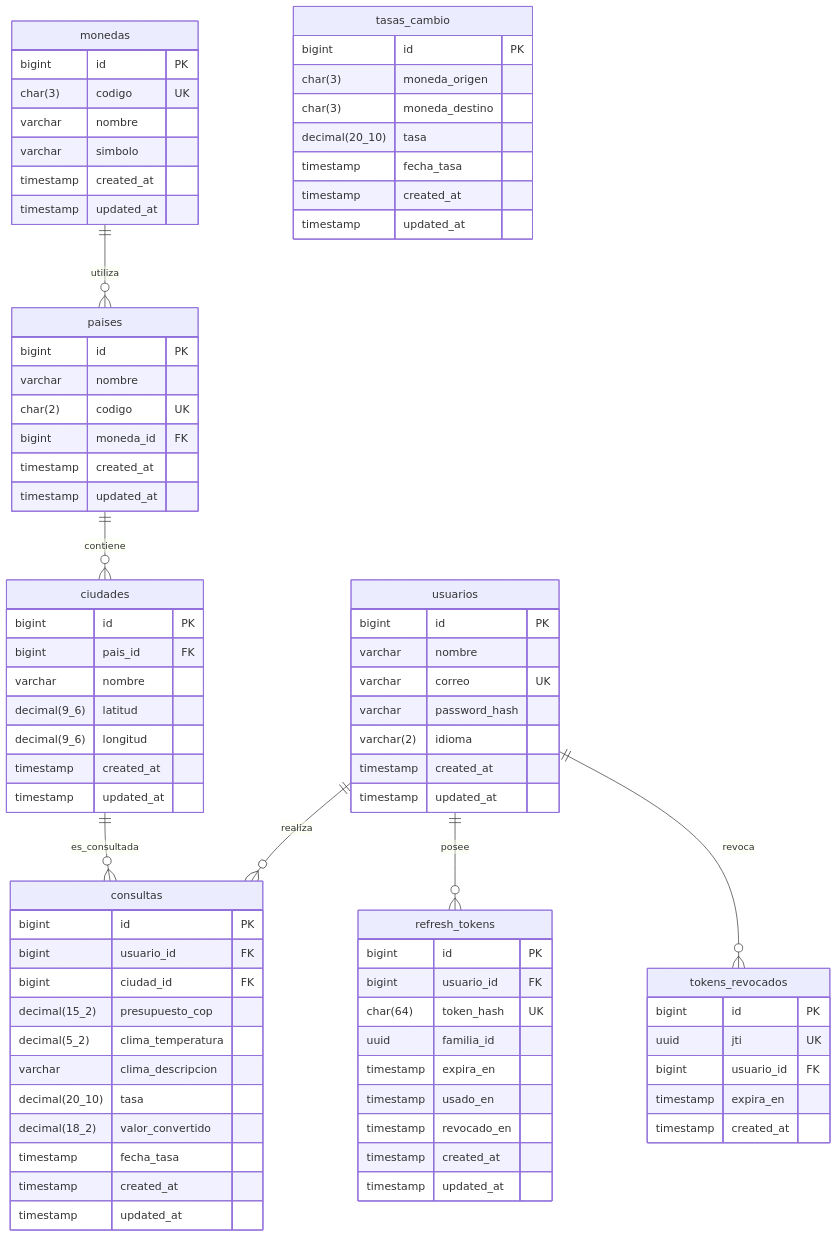
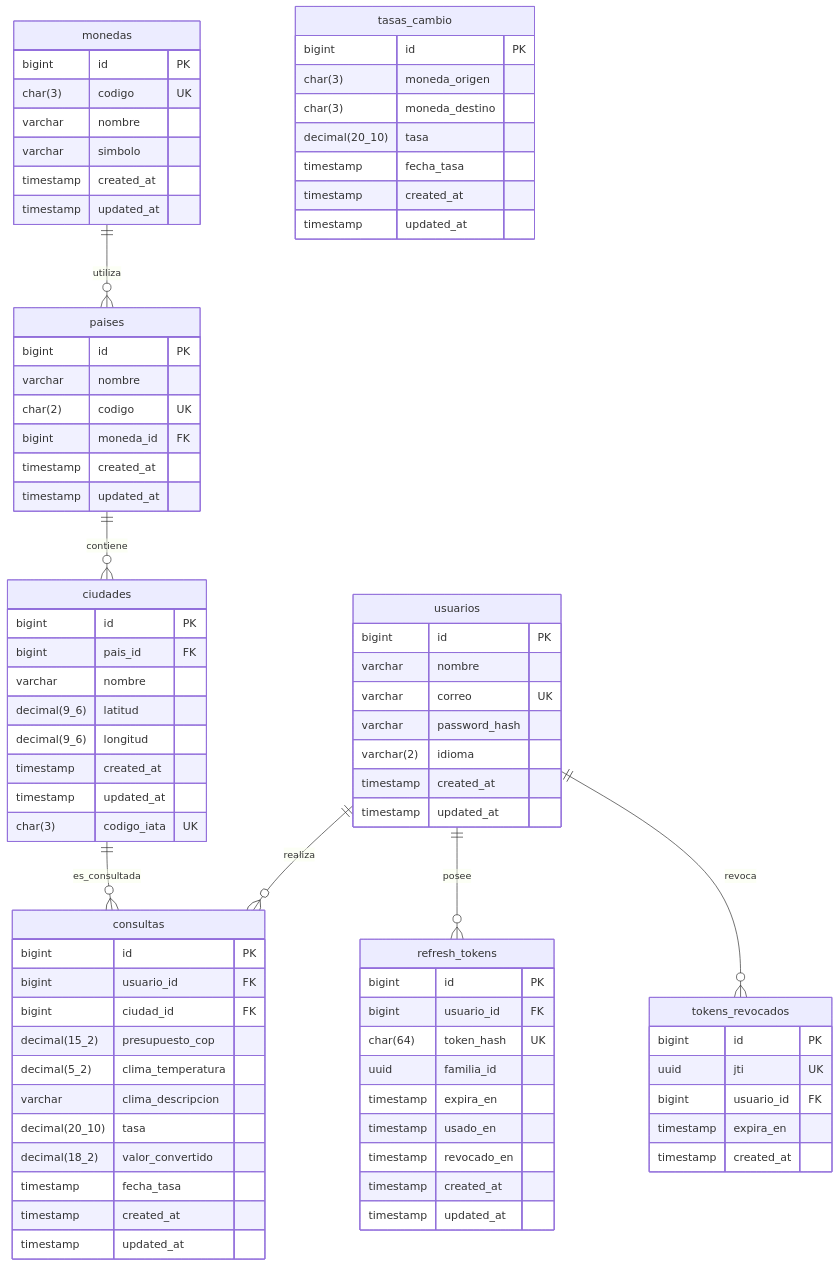
The diagram in docs/database/README.md (JoseMedina-prog/prueba-tecnica-infodec), drawn with Mermaid before and after one commit. The commit also changed 36 other files, not shown here.

```diff
--- a/docs/database/README.md
+++ b/docs/database/README.md
@@ -47,6 +47,7 @@
         decimal(9_6) longitud
         timestamp created_at
         timestamp updated_at
+        char(3) codigo_iata UK
     }
 
     usuarios {
```
